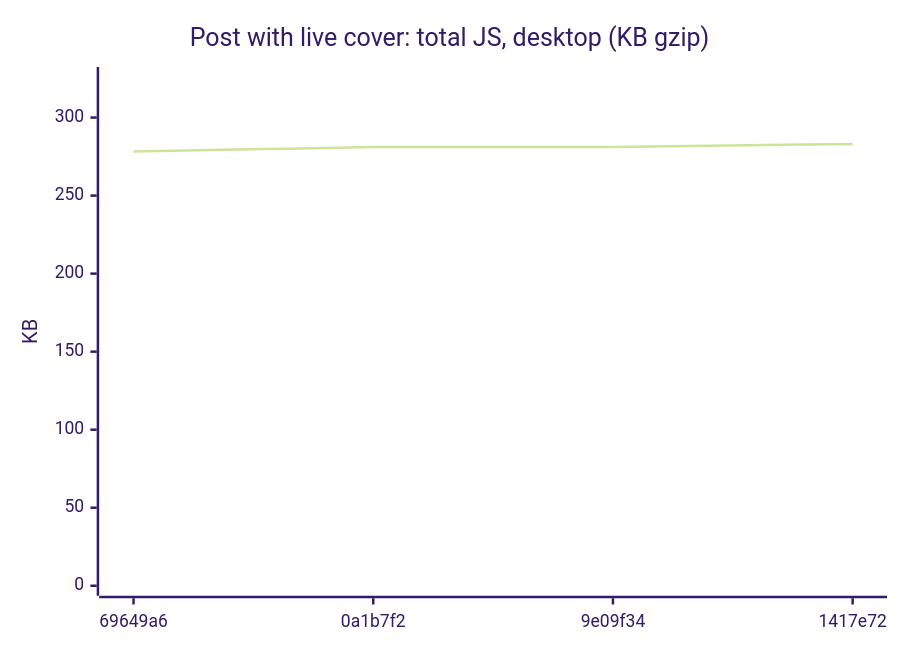
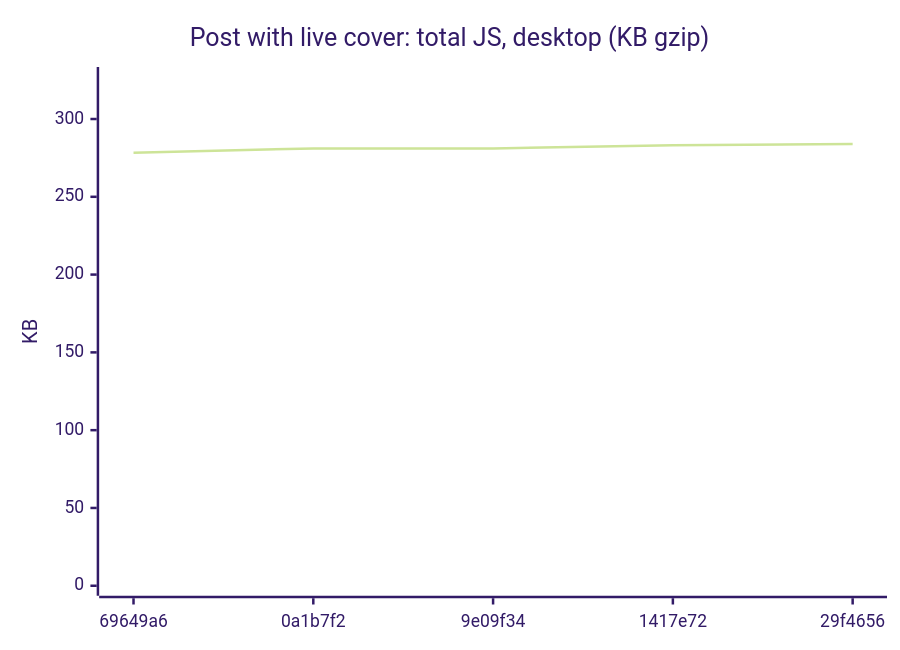
Before and after one commit to AxelUser/maltsev.space: diagram 13 of 18 in README.md, drawn with Mermaid (forest theme). The commit also changed other lines of this file and 1 other file, not shown here.

````diff
--- a/README.md
+++ b/README.md
@@ -143,7 +143,7 @@
 ```mermaid
 xychart-beta
   title "Post with live cover: total JS, desktop (KB gzip)"
-  x-axis ["69649a6", "0a1b7f2", "9e09f34", "1417e72"]
-  y-axis "KB" 0 --> 326
-  line [278.3, 281.1, 281.1, 283.1]
+  x-axis ["69649a6", "0a1b7f2", "9e09f34", "1417e72", "29f4656"]
+  y-axis "KB" 0 --> 327
+  line [278.3, 281.1, 281.1, 283.1, 283.9]
 ```
````
